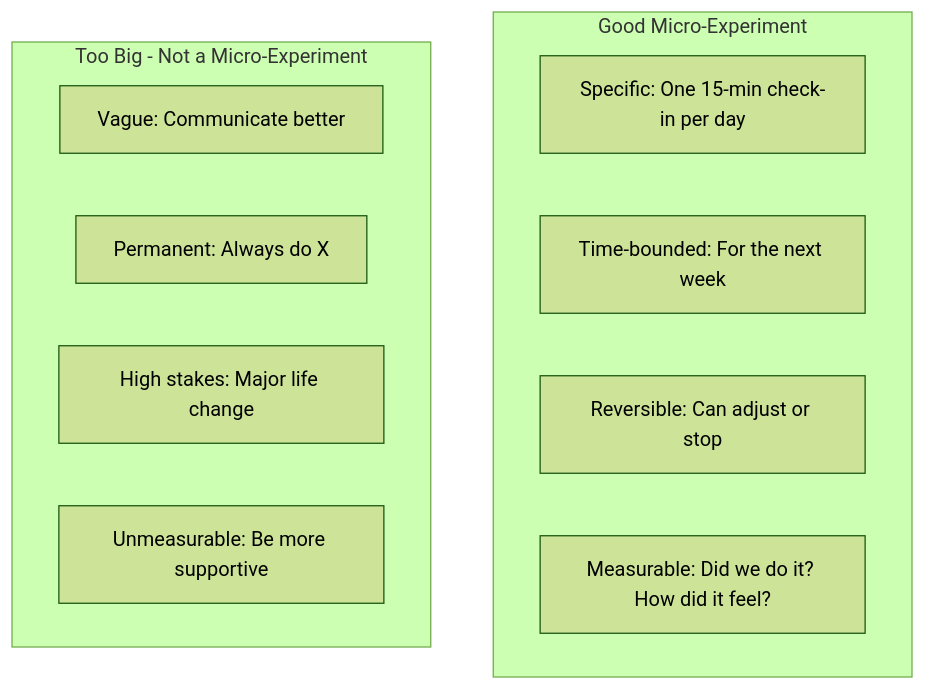
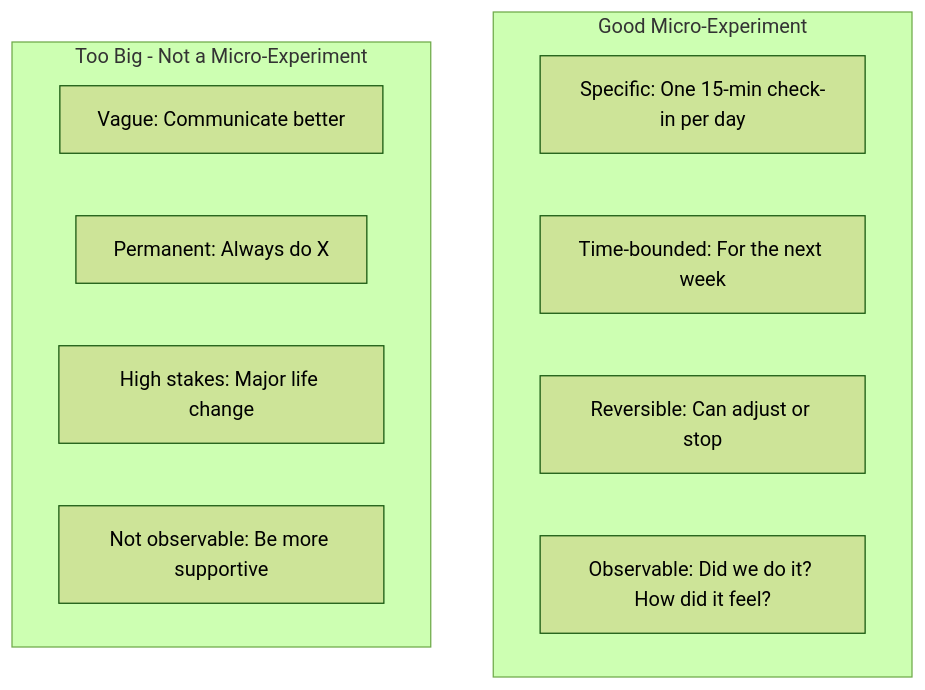
One commit to shantamg/meet-without-fear changed the second of 7 diagrams in docs/product/stages/stage-4-strategic-repair.md. Above: the diagram before and after it, drawn with Mermaid (forest theme). The commit also changed other lines of this file and 21 other files, not shown here.

First line of the commit message:
docs: align stage docs with Darryl's authoritative gold flow

````diff
--- a/docs/product/stages/stage-4-strategic-repair.md
+++ b/docs/product/stages/stage-4-strategic-repair.md
@@ -89,16 +87,16 @@
 ```mermaid
 flowchart TB
     subgraph Good[Good Micro-Experiment]
         G1[Specific: One 15-min check-in per day]
         G2[Time-bounded: For the next week]
         G3[Reversible: Can adjust or stop]
-        G4[Measurable: Did we do it? How did it feel?]
+        G4[Observable: Did we do it? How did it feel?]
     end
 
     subgraph Bad[Too Big - Not a Micro-Experiment]
         B1[Vague: Communicate better]
         B2[Permanent: Always do X]
         B3[High stakes: Major life change]
-        B4[Unmeasurable: Be more supportive]
+        B4[Not observable: Be more supportive]
     end
 ```
````
